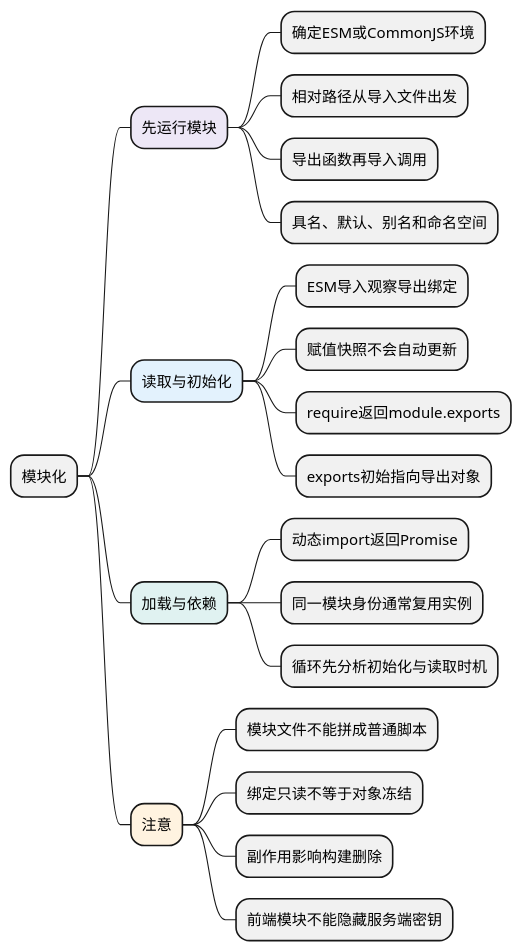
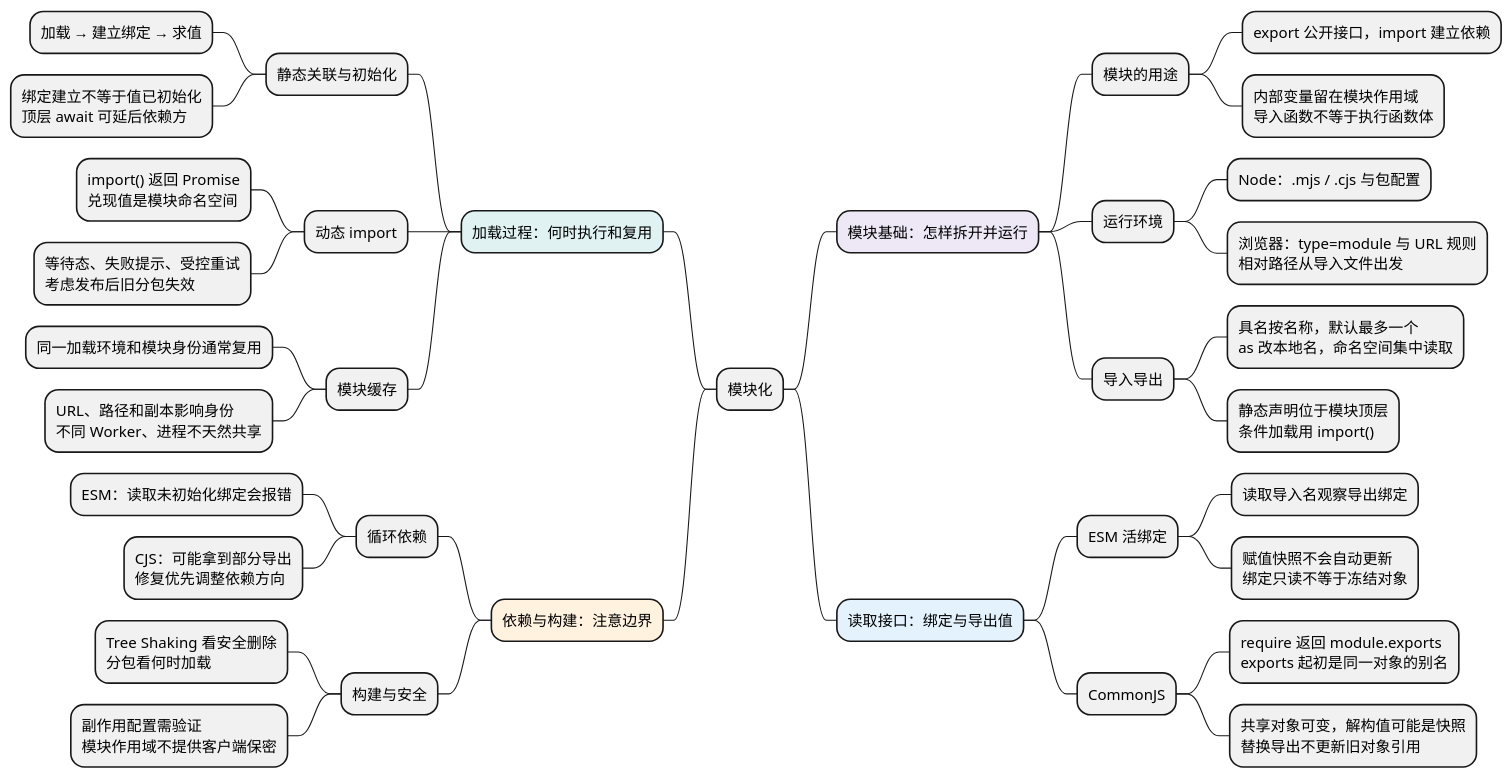
Before and after one commit to chenx18/JAVA: the diagram in docs/AI前端全栈教材/01_JavaScript/05_模块化与浏览器实践/01_模块化.md, drawn with PlantUML. The commit also changed other lines of this file and 84 other files, not shown here.

````diff
--- a/docs/AI前端全栈教材/01_JavaScript/05_模块化与浏览器实践/01_模块化.md
+++ b/docs/AI前端全栈教材/01_JavaScript/05_模块化与浏览器实践/01_模块化.md
@@ -9,31 +9,47 @@
 ```plantuml
 @startmindmap
 skinparam defaultFontName Microsoft YaHei
 skinparam defaultFontSize 14
 skinparam dpi 100
 skinparam backgroundColor white
 skinparam shadowing false
 
 * 模块化
-**[#EDE7F6] 先运行模块
-*** 确定ESM或CommonJS环境
-*** 相对路径从导入文件出发
-*** 导出函数再导入调用
-*** 具名、默认、别名和命名空间
-**[#E3F2FD] 读取与初始化
-*** ESM导入观察导出绑定
-*** 赋值快照不会自动更新
-*** require返回module.exports
-*** exports初始指向导出对象
-**[#E0F2F1] 加载与依赖
-*** 动态import返回Promise
-*** 同一模块身份通常复用实例
-*** 循环先分析初始化与读取时机
-**[#FFF3E0] 注意
-*** 模块文件不能拼成普通脚本
-*** 绑定只读不等于对象冻结
-*** 副作用影响构建删除
-*** 前端模块不能隐藏服务端密钥
+**[#EDE7F6] 模块基础：怎样拆开并运行
+*** 模块的用途
+**** export 公开接口，import 建立依赖
+**** 内部变量留在模块作用域\n导入函数不等于执行函数体
+*** 运行环境
+**** Node：.mjs / .cjs 与包配置
+**** 浏览器：type=module 与 URL 规则\n相对路径从导入文件出发
+*** 导入导出
+**** 具名按名称，默认最多一个\nas 改本地名，命名空间集中读取
+**** 静态声明位于模块顶层\n条件加载用 import()
+**[#E3F2FD] 读取接口：绑定与导出值
+*** ESM 活绑定
+**** 读取导入名观察导出绑定
+**** 赋值快照不会自动更新\n绑定只读不等于冻结对象
+*** CommonJS
+**** require 返回 module.exports\nexports 起初是同一对象的别名
+**** 共享对象可变，解构值可能是快照\n替换导出不更新旧对象引用
+left side
+**[#E0F2F1] 加载过程：何时执行和复用
+*** 静态关联与初始化
+**** 加载 → 建立绑定 → 求值
+**** 绑定建立不等于值已初始化\n顶层 await 可延后依赖方
+*** 动态 import
+**** import() 返回 Promise\n兑现值是模块命名空间
+**** 等待态、失败提示、受控重试\n考虑发布后旧分包失效
+*** 模块缓存
+**** 同一加载环境和模块身份通常复用
+**** URL、路径和副本影响身份\n不同 Worker、进程不天然共享
+**[#FFF3E0] 依赖与构建：注意边界
+*** 循环依赖
+**** ESM：读取未初始化绑定会报错
+**** CJS：可能拿到部分导出\n修复优先调整依赖方向
+*** 构建与安全
+**** Tree Shaking 看安全删除\n分包看何时加载
+**** 副作用配置需验证\n模块作用域不提供客户端保密
 
 @endmindmap
 ```
````
